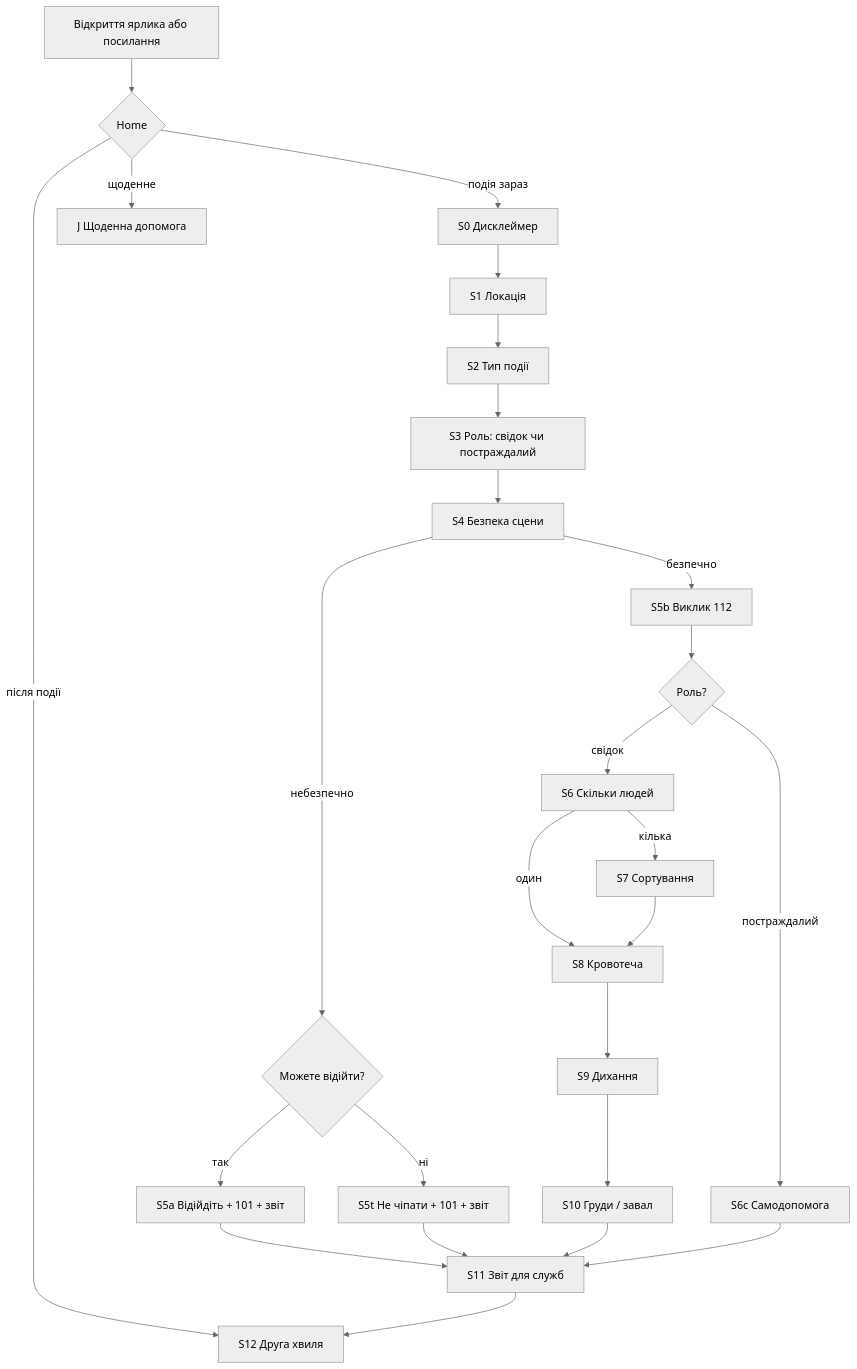
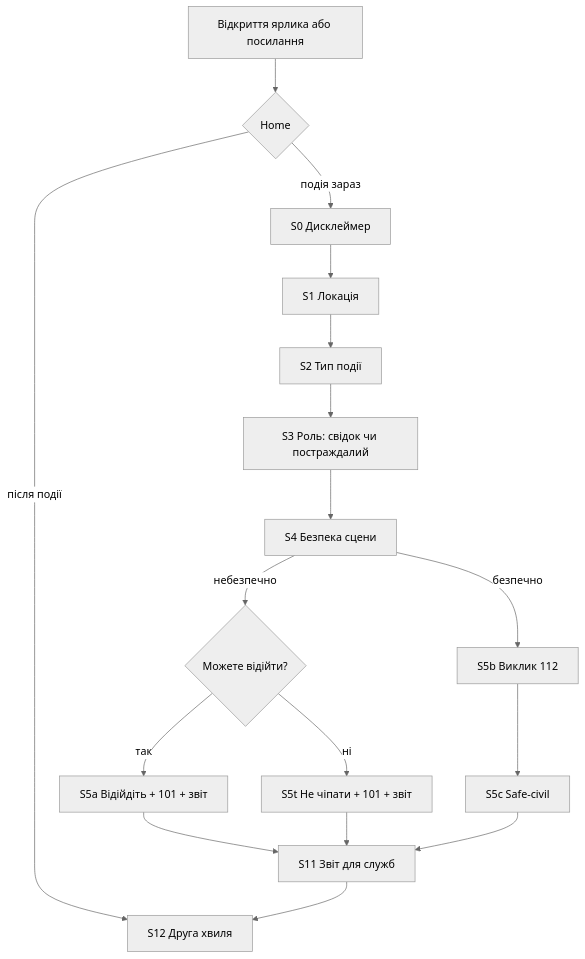
The diagram in docs/12-екрани-та-специфікація.md (kaiserdem/ZeroEchelon), drawn with Mermaid (neutral theme) before and after one commit. The commit also changed other lines of this file and 48 other files, not shown here.

````diff
--- a/docs/12-екрани-та-специфікація.md
+++ b/docs/12-екрани-та-специфікація.md
@@ -61,28 +65,19 @@
 ```mermaid
 flowchart TD
   Open["Відкриття ярлика або посилання"] --> Home{"Home"}
   Home -->|"подія зараз"| S0["S0 Дисклеймер"]
   S0 --> S1["S1 Локація"]
-  Home -->|"щоденне"| Daily["J Щоденна допомога"]
   Home -->|"після події"| S12["S12 Друга хвиля"]
   S1 --> S2["S2 Тип події"]
   S2 --> S3["S3 Роль: свідок чи постраждалий"]
   S3 --> S4["S4 Безпека сцени"]
   S4 -->|"небезпечно"| CanLeave{"Можете відійти?"}
   CanLeave -->|"так"| S5a["S5a Відійдіть + 101 + звіт"]
   CanLeave -->|"ні"| S5t["S5t Не чіпати + 101 + звіт"]
   S4 -->|"безпечно"| S5b["S5b Виклик 112"]
   S5a --> S11
   S5t --> S11
-  S5b --> Branch{"Роль?"}
-  Branch -->|"постраждалий"| S6c["S6c Самодопомога"]
-  Branch -->|"свідок"| S6["S6 Скільки людей"]
-  S6 -->|"кілька"| S7["S7 Сортування"]
-  S6 -->|"один"| S8
-  S7 --> S8["S8 Кровотеча"]
-  S8 --> S9["S9 Дихання"]
-  S9 --> S10["S10 Груди / завал"]
-  S10 --> S11["S11 Звіт для служб"]
-  S6c --> S11
+  S5b --> S5c["S5c Safe-civil"]
+  S5c --> S11["S11 Звіт для служб"]
   S11 --> S12
 ```
````
